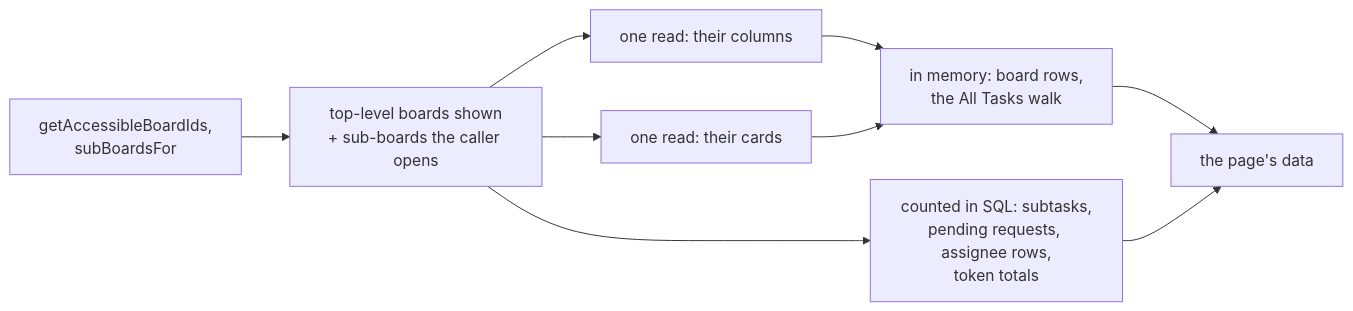
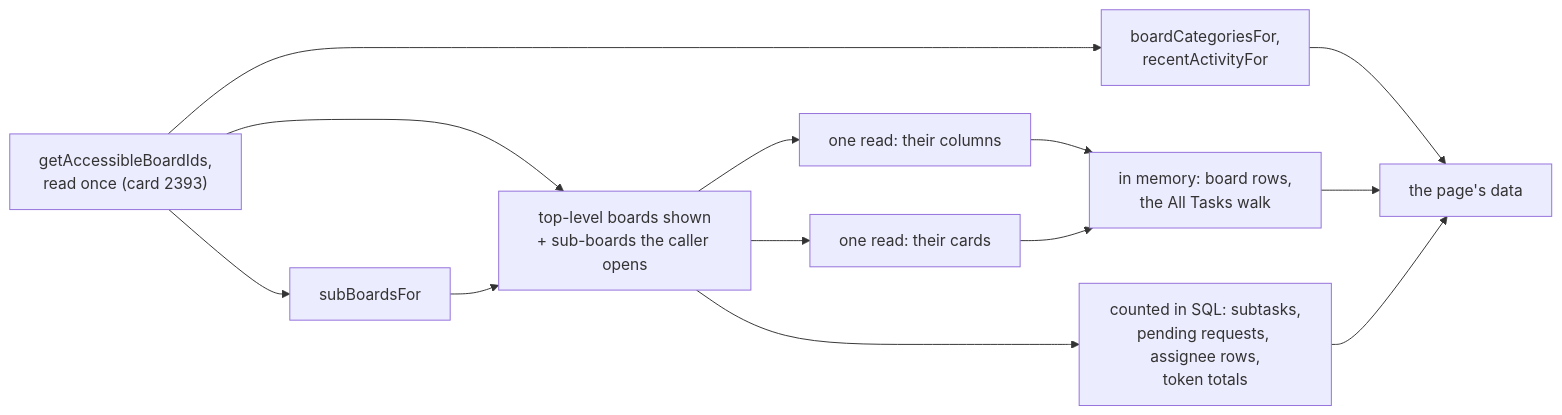
Before and after one commit to gitBoon/DumpFire: diagram 18 of 30 in docs/architecture.md, drawn with Mermaid. The commit also changed other lines of this file and 5 other files, not shown here.

First line of the commit message:
perf: the dashboard works out the caller's boards once per load (2393)

````diff
--- a/docs/architecture.md
+++ b/docs/architecture.md
@@ -1123,11 +1123,15 @@
 ```mermaid
 flowchart LR
-    Access["getAccessibleBoardIds,<br/>subBoardsFor"] --> Ids["top-level boards shown<br/>+ sub-boards the caller opens"]
+    Access["getAccessibleBoardIds,<br/>read once (card 2393)"] --> Subs["subBoardsFor"]
+    Access --> Ids["top-level boards shown<br/>+ sub-boards the caller opens"]
+    Subs --> Ids
     Ids --> Cols["one read: their columns"]
     Ids --> Cards["one read: their cards"]
     Cols --> Mem["in memory: board rows,<br/>the All Tasks walk"]
     Cards --> Mem
     Ids --> Counts["counted in SQL: subtasks,<br/>pending requests, assignee rows,<br/>token totals"]
+    Access --> Lists["boardCategoriesFor,<br/>recentActivityFor"]
+    Lists --> Data
     Mem --> Data["the page's data"]
     Counts --> Data
 ```
````
